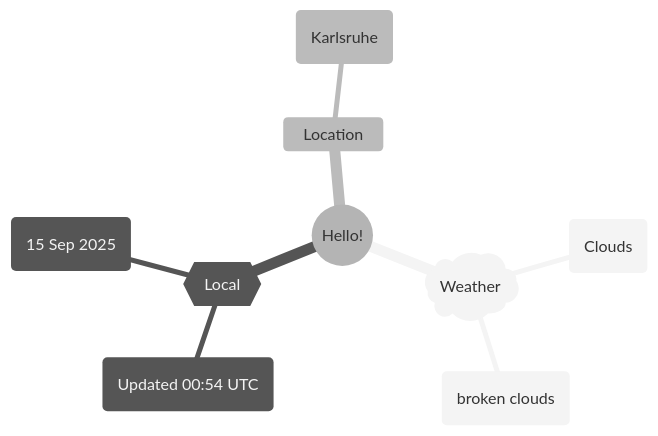
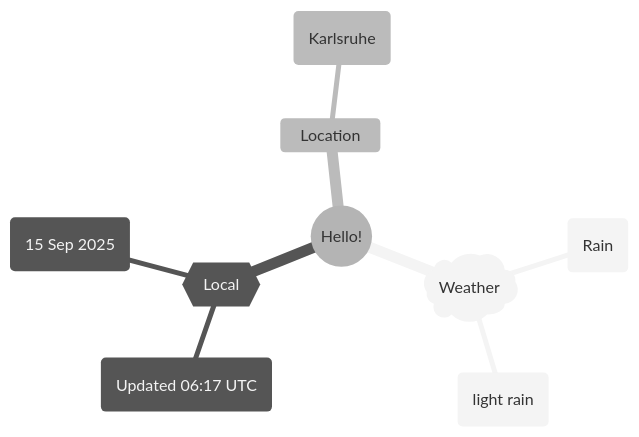
One commit to Xosrov/Xosrov changed the first of 2 diagrams in README.md. Above: the diagram before and after it, drawn with Mermaid (neutral theme).

Commit message:
[bot] updated images

````diff
--- a/README.md
+++ b/README.md
@@ -3,12 +3,12 @@
 ```mermaid
 mindmap
   root((Hello!))
     )Weather(
-        (Clouds)
-        (broken clouds)
+        (Rain)
+        (light rain)
     {{Local}}
-        (Updated 00:54 UTC)
+        (Updated 06:17 UTC)
         (15 Sep 2025)
     Location
         (Karlsruhe)
 ```
````
